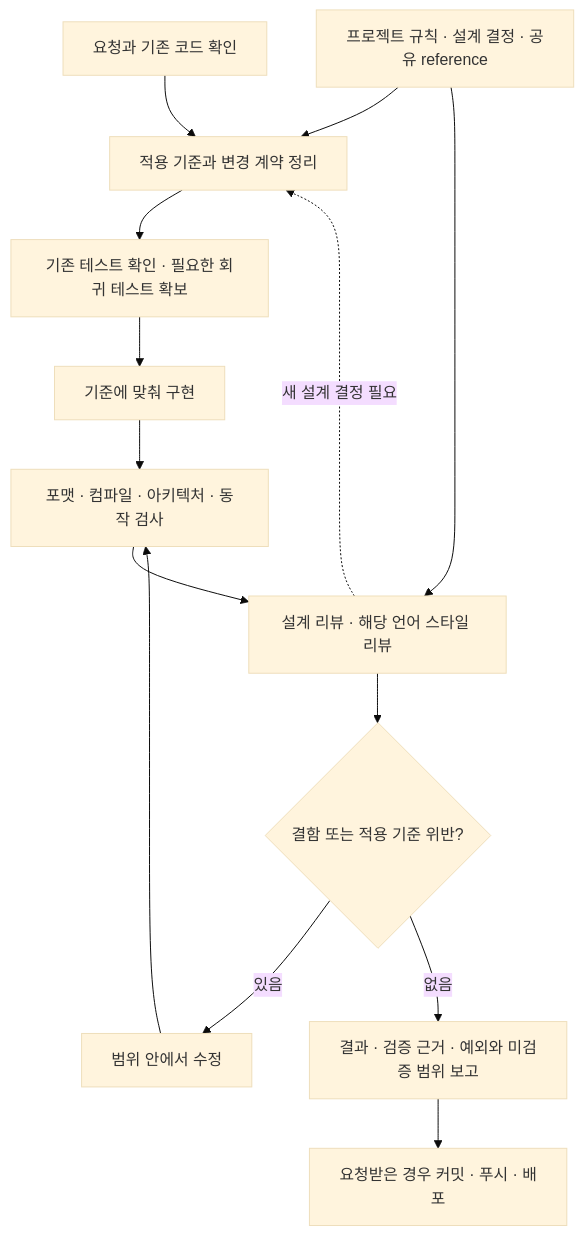
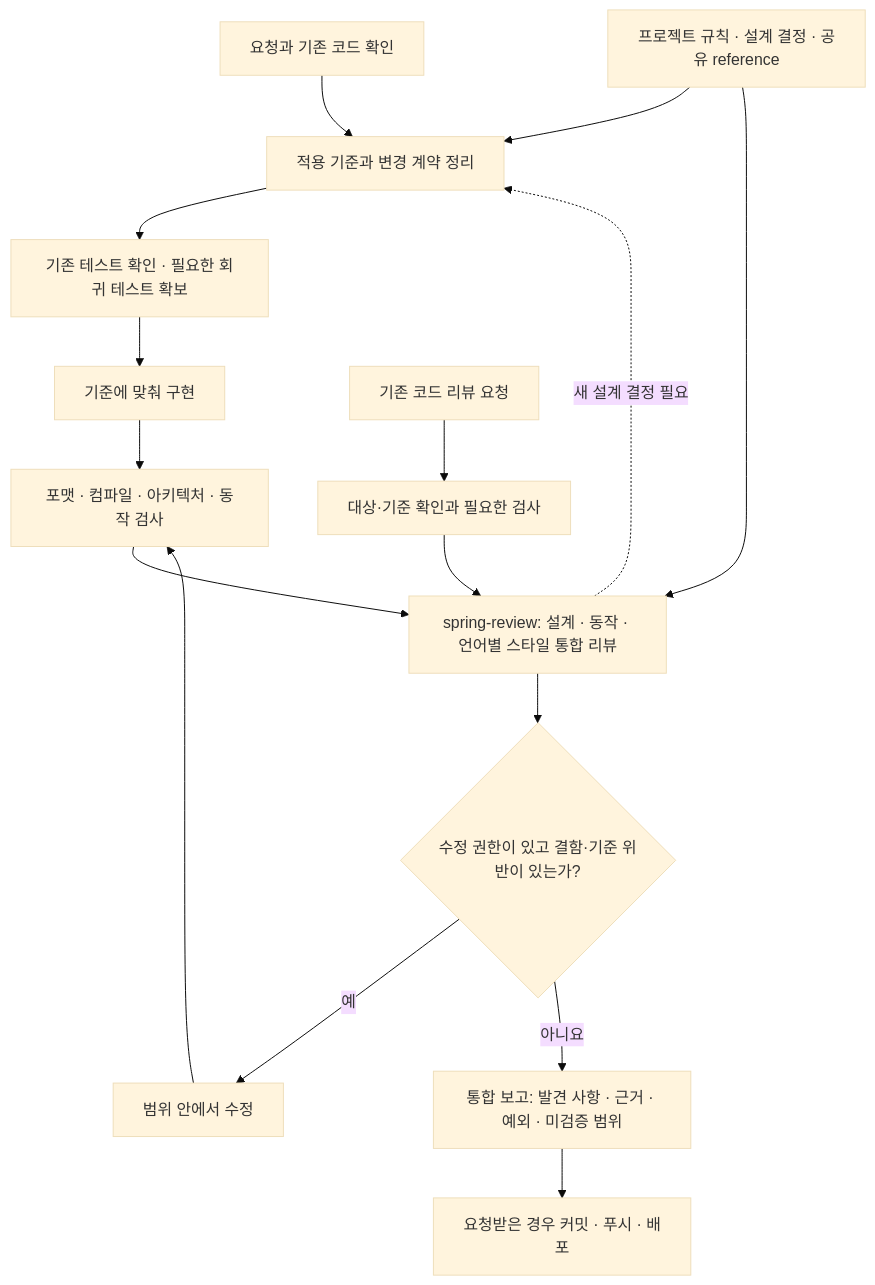
The diagram in codex/skills/spring-workflow/references/workflow-overview.md (arctrls/agent-workbench), drawn with Mermaid (base theme) before and after one commit. The commit also changed other lines of this file and 5 other files, not shown here.

````diff
--- a/codex/skills/spring-workflow/references/workflow-overview.md
+++ b/codex/skills/spring-workflow/references/workflow-overview.md
@@ -5,16 +5,18 @@
 ```mermaid
 flowchart TD
     A[요청과 기존 코드 확인] --> B[적용 기준과 변경 계약 정리]
     R[프로젝트 규칙 · 설계 결정 · 공유 reference] --> B
     B --> C[기존 테스트 확인 · 필요한 회귀 테스트 확보]
     C --> D[기준에 맞춰 구현]
     D --> E[포맷 · 컴파일 · 아키텍처 · 동작 검사]
-    E --> F[설계 리뷰 · 해당 언어 스타일 리뷰]
+    E --> F[spring-review: 설계 · 동작 · 언어별 스타일 통합 리뷰]
+    V[기존 코드 리뷰 요청] --> W[대상·기준 확인과 필요한 검사]
+    W --> F
     R --> F
-    F --> G{결함 또는 적용 기준 위반?}
-    G -->|있음| H[범위 안에서 수정]
+    F --> G{수정 권한이 있고 결함·기준 위반이 있는가?}
+    G -->|예| H[범위 안에서 수정]
     H --> E
-    G -->|없음| I[결과 · 검증 근거 · 예외와 미검증 범위 보고]
+    G -->|아니요| I[통합 보고: 발견 사항 · 근거 · 예외 · 미검증 범위]
     F -. 새 설계 결정 필요 .-> B
     I --> J[요청받은 경우 커밋 · 푸시 · 배포]
 ```
````
